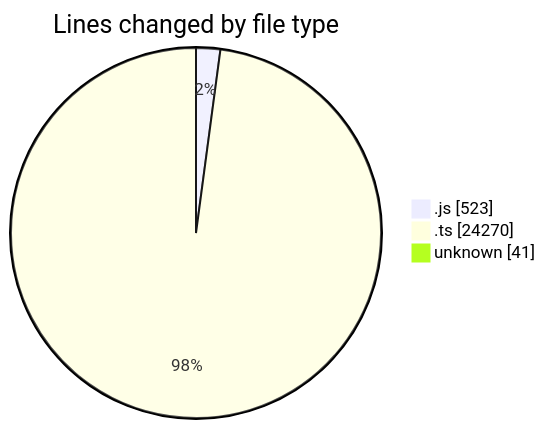
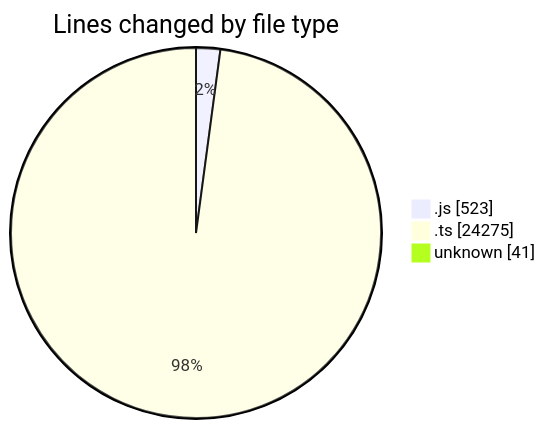
The first of 2 diagrams in 2025-08-15/cda/README.md (momahboobian/code-tracking), drawn with Mermaid before and after one commit. The commit also changed other lines of this file and 1 other file, not shown here.

````diff
--- a/2025-08-15/cda/README.md
+++ b/2025-08-15/cda/README.md
@@ -28,7 +28,7 @@
 ```mermaid
 pie showData
 title Lines changed by file type
 ".js" : 523
-".ts" : 24270
+".ts" : 24275
 "unknown" : 41
 ```
````
